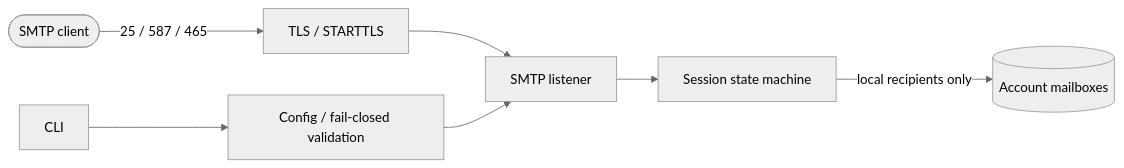
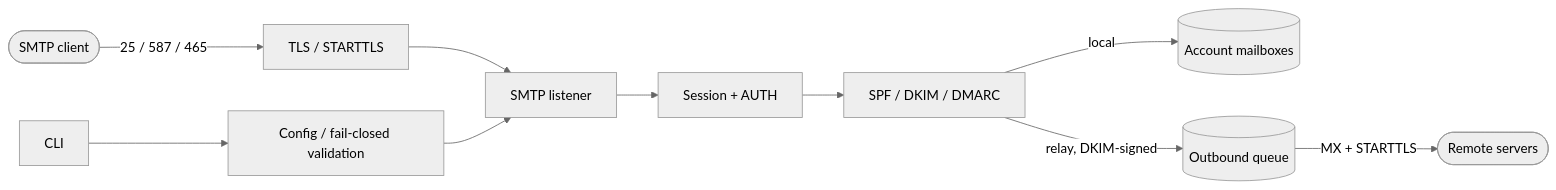
Before and after one commit to Glyndor/epistle: the diagram in README.md, drawn with Mermaid (neutral theme). The commit also changed other lines of this file, not shown here.

Commit message:
docs: document the authentication chain and queue in README

````diff
--- a/README.md
+++ b/README.md
@@ -9,9 +9,12 @@
 ```mermaid
 flowchart LR
 	client([SMTP client]) -->|25 / 587 / 465| tls[TLS / STARTTLS]
 	tls --> smtp[SMTP listener]
-	smtp --> session[Session state machine]
-	session -->|local recipients only| mailbox[(Account mailboxes)]
+	smtp --> session[Session + AUTH]
+	session --> auth[SPF / DKIM / DMARC]
+	auth -->|local| mailbox[(Account mailboxes)]
+	auth -->|relay, DKIM-signed| queue[(Outbound queue)]
+	queue -->|MX + STARTTLS| internet([Remote servers])
 	cli[CLI] --> config[Config / fail-closed validation]
 	config --> smtp
 ```
````
